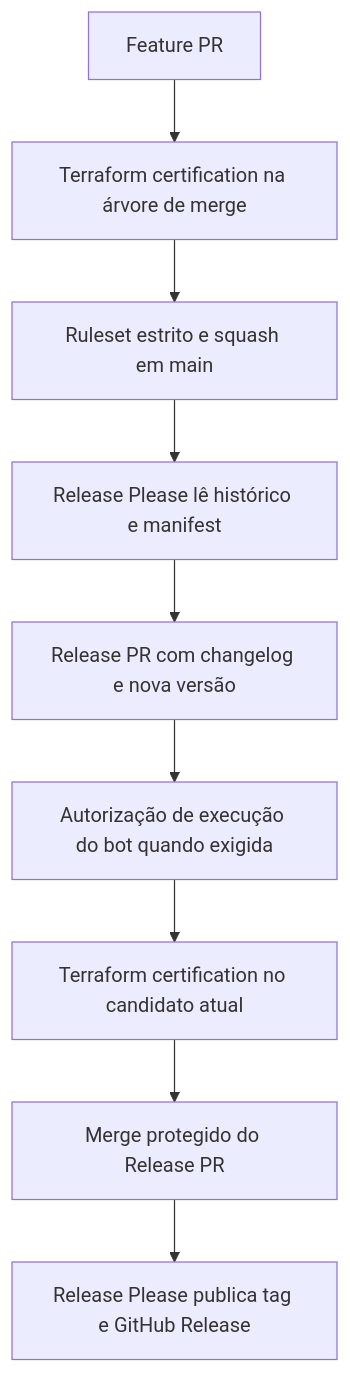
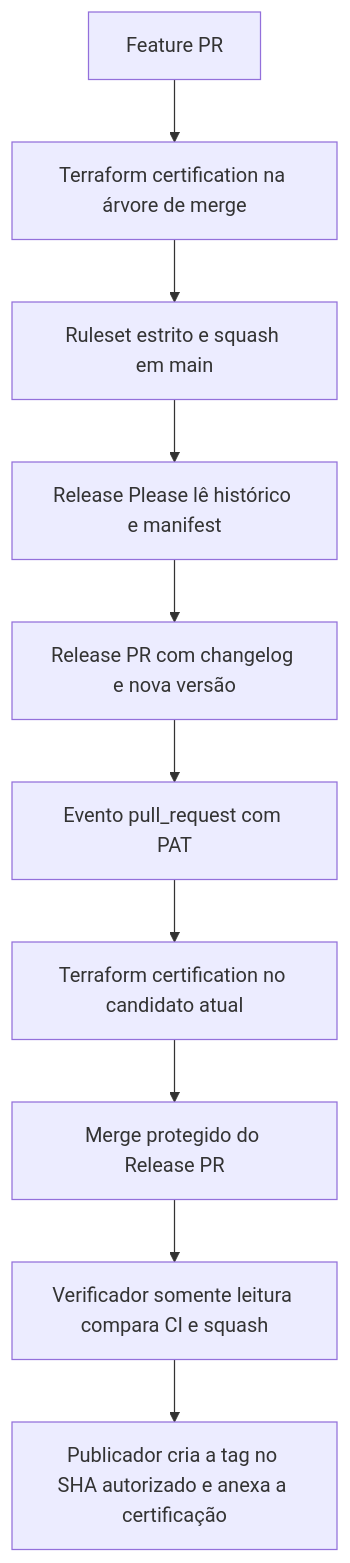
Before and after one commit to TomasAlric/terraform-module-release-please-poc: the diagram in docs/architecture.md, drawn with Mermaid. The commit also changed other lines of this file and 3 other files, not shown here.

First line of the commit message:
docs: publish PAT homologation and certified release evidence (#17)

````diff
--- a/docs/architecture.md
+++ b/docs/architecture.md
@@ -3,11 +3,12 @@
 ```mermaid
 flowchart TD
   A[Feature PR] --> B[Terraform certification na árvore de merge]
   B --> C[Ruleset estrito e squash em main]
   C --> D[Release Please lê histórico e manifest]
   D --> E[Release PR com changelog e nova versão]
-  E --> F[Autorização de execução do bot quando exigida]
+  E --> F[Evento pull_request com PAT]
   F --> G[Terraform certification no candidato atual]
   G --> H[Merge protegido do Release PR]
-  H --> I[Release Please publica tag e GitHub Release]
+  H --> V[Verificador somente leitura compara CI e squash]
+  V --> I[Publicador cria a tag no SHA autorizado e anexa a certificação]
 ```
````
